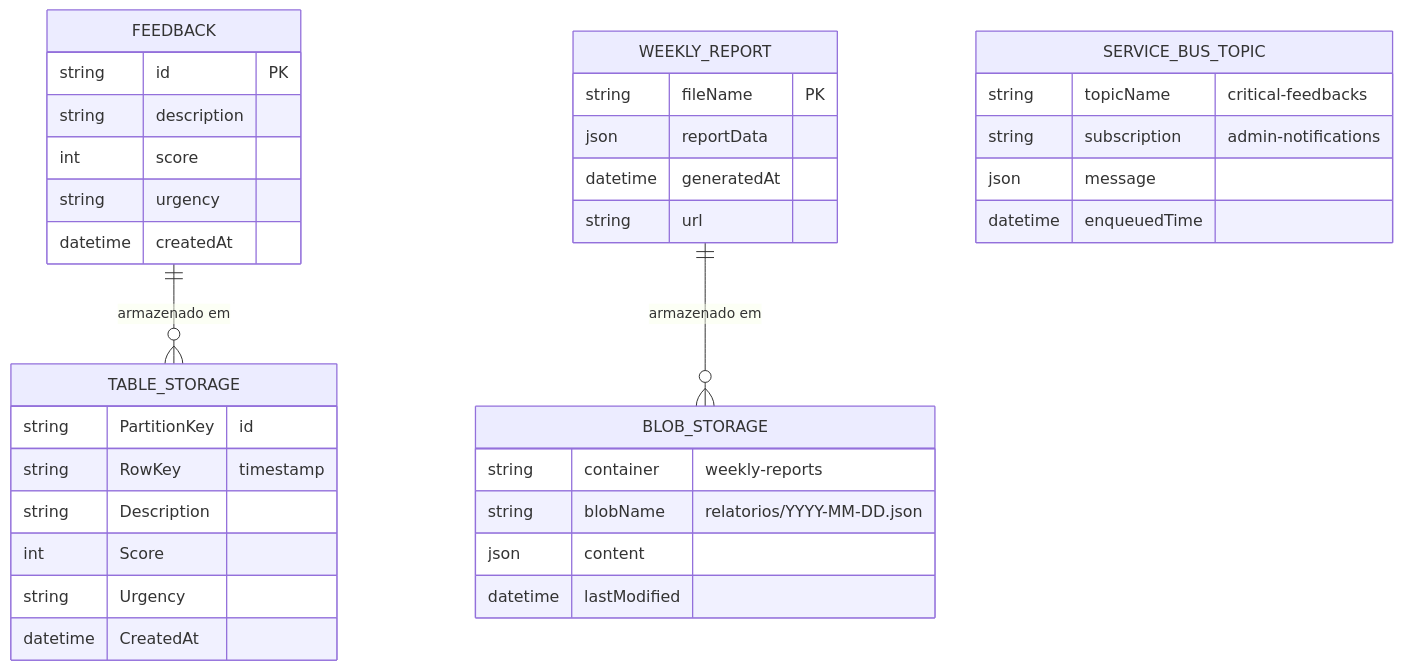
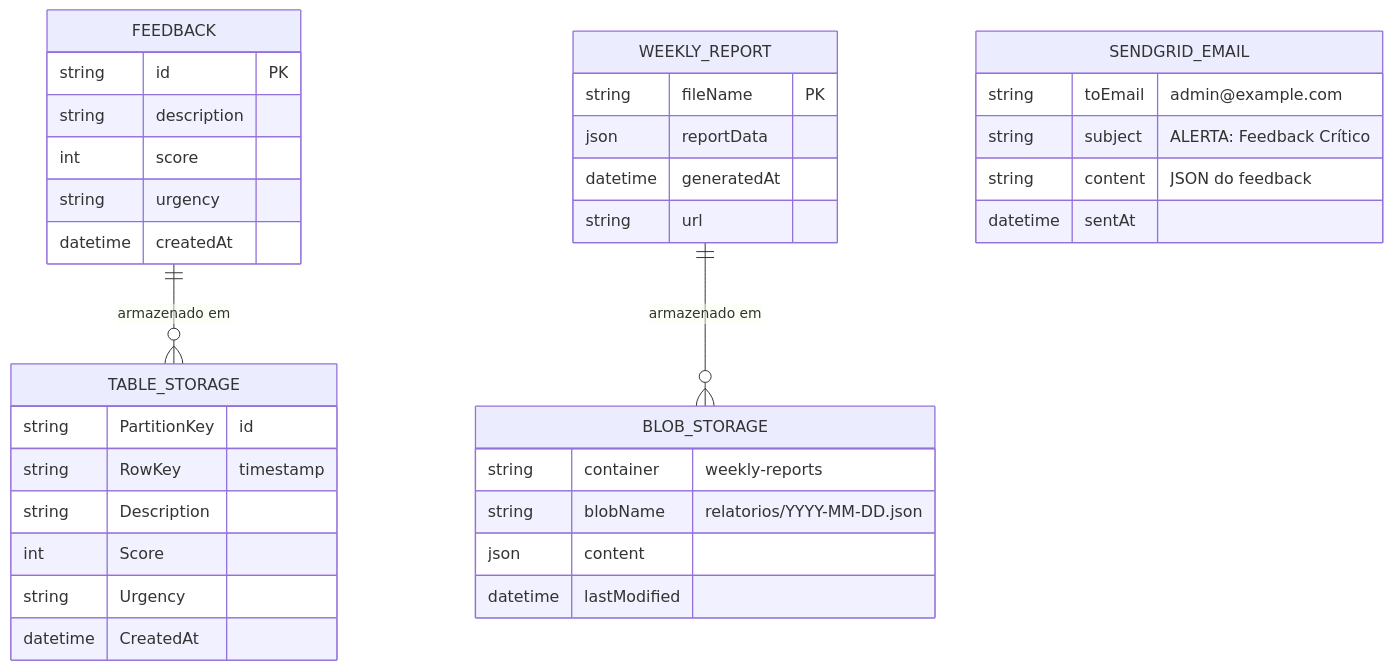
Before and after one commit to luizffdemoraes/feedback-sync: the eighth of 9 diagrams in README.md, drawn with Mermaid. The commit also changed other lines of this file and 30 other files, not shown here.

````diff
--- a/README.md
+++ b/README.md
@@ -620,43 +598,43 @@
 ```mermaid
 erDiagram
     FEEDBACK ||--o{ TABLE_STORAGE : "armazenado em"
     WEEKLY_REPORT ||--o{ BLOB_STORAGE : "armazenado em"
     
     FEEDBACK {
         string id PK
         string description
         int score
         string urgency
         datetime createdAt
     }
     
     TABLE_STORAGE {
         string PartitionKey "id"
         string RowKey "timestamp"
         string Description
         int Score
         string Urgency
         datetime CreatedAt
     }
     
     WEEKLY_REPORT {
         string fileName PK
         json reportData
         datetime generatedAt
         string url
     }
     
     BLOB_STORAGE {
         string container "weekly-reports"
         string blobName "relatorios/YYYY-MM-DD.json"
         json content
         datetime lastModified
     }
     
-    SERVICE_BUS_TOPIC {
-        string topicName "critical-feedbacks"
-        string subscription "admin-notifications"
-        json message
-        datetime enqueuedTime
+    SENDGRID_EMAIL {
+        string toEmail "admin@example.com"
+        string subject "ALERTA: Feedback Crítico"
+        string content "JSON do feedback"
+        datetime sentAt
     }
 ```
````
